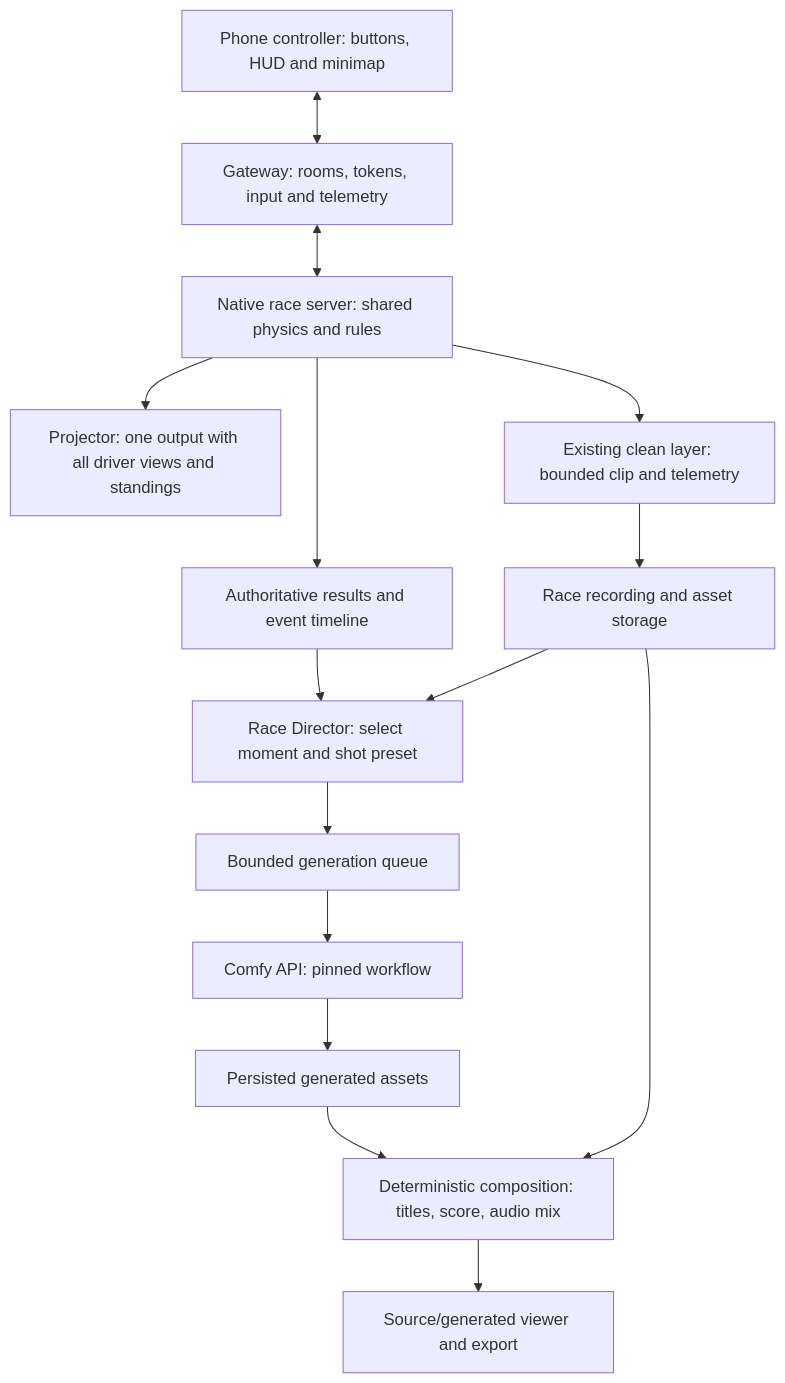
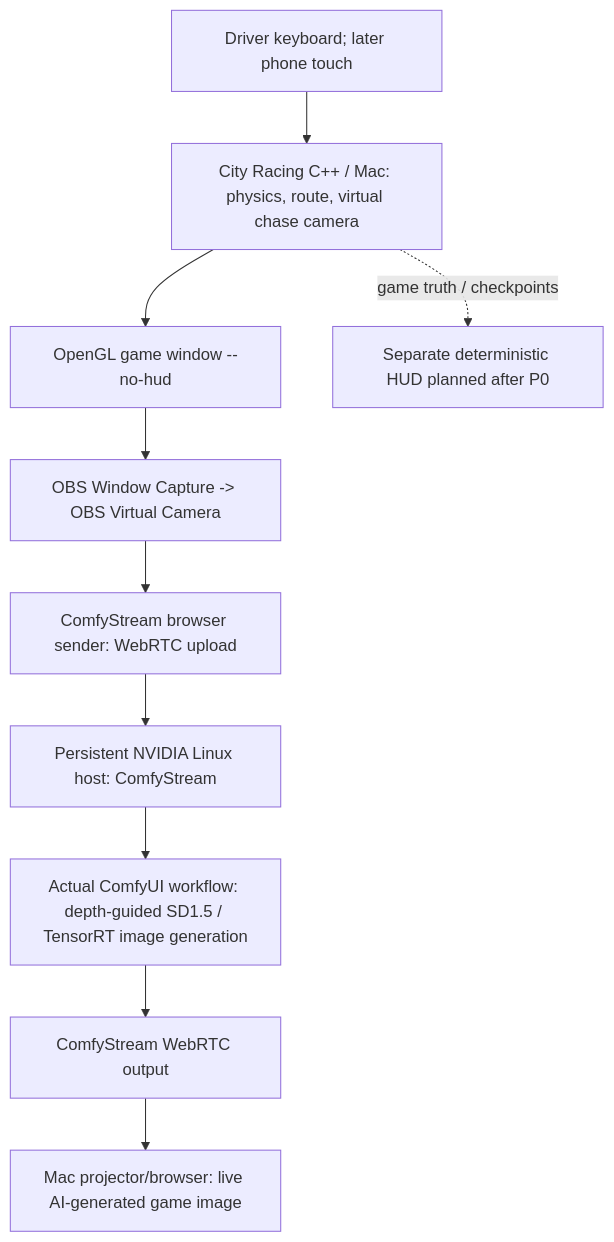
The diagram in docs/BUILD_PLAN.md (thetradingdoc/comfy-race), drawn with Mermaid before and after one commit. The commit also changed other lines of this file, not shown here.

Commit message:
docs: align docs/BUILD_PLAN.md with live ComfyUI racing V1

````diff
--- a/docs/BUILD_PLAN.md
+++ b/docs/BUILD_PLAN.md
@@ -189,17 +11,12 @@
 ```mermaid
 flowchart TD
-    Phone[Phone controller: buttons, HUD and minimap] <--> Gateway[Gateway: rooms, tokens, input and telemetry]
-    Gateway <--> Native[Native race server: shared physics and rules]
-    Native --> Score[Authoritative results and event timeline]
-    Native --> Screen[Projector: one output with all driver views and standings]
-    Native --> Capture[Existing clean layer: bounded clip and telemetry]
-    Capture --> Store[Race recording and asset storage]
-    Score --> Director[Race Director: select moment and shot preset]
-    Store --> Director
-    Director --> Jobs[Bounded generation queue]
-    Jobs --> Comfy[Comfy API: pinned workflow]
-    Comfy --> Assets[Persisted generated assets]
-    Assets --> Compose[Deterministic composition: titles, score, audio mix]
-    Store --> Compose
-    Compose --> Viewer[Source/generated viewer and export]
+    A[Driver keyboard; later phone touch] --> B[City Racing C++ / Mac: physics, route, virtual chase camera]
+    B --> C[OpenGL game window --no-hud]
+    C --> D[OBS Window Capture -> OBS Virtual Camera]
+    D --> E[ComfyStream browser sender: WebRTC upload]
+    E --> F[Persistent NVIDIA Linux host: ComfyStream]
+    F --> G[Actual ComfyUI workflow: depth-guided SD1.5 / TensorRT image generation]
+    G --> H[ComfyStream WebRTC output]
+    H --> I[Mac projector/browser: live AI-generated game image]
+    B -. game truth / checkpoints .-> J[Separate deterministic HUD planned after P0]
 ```
````
